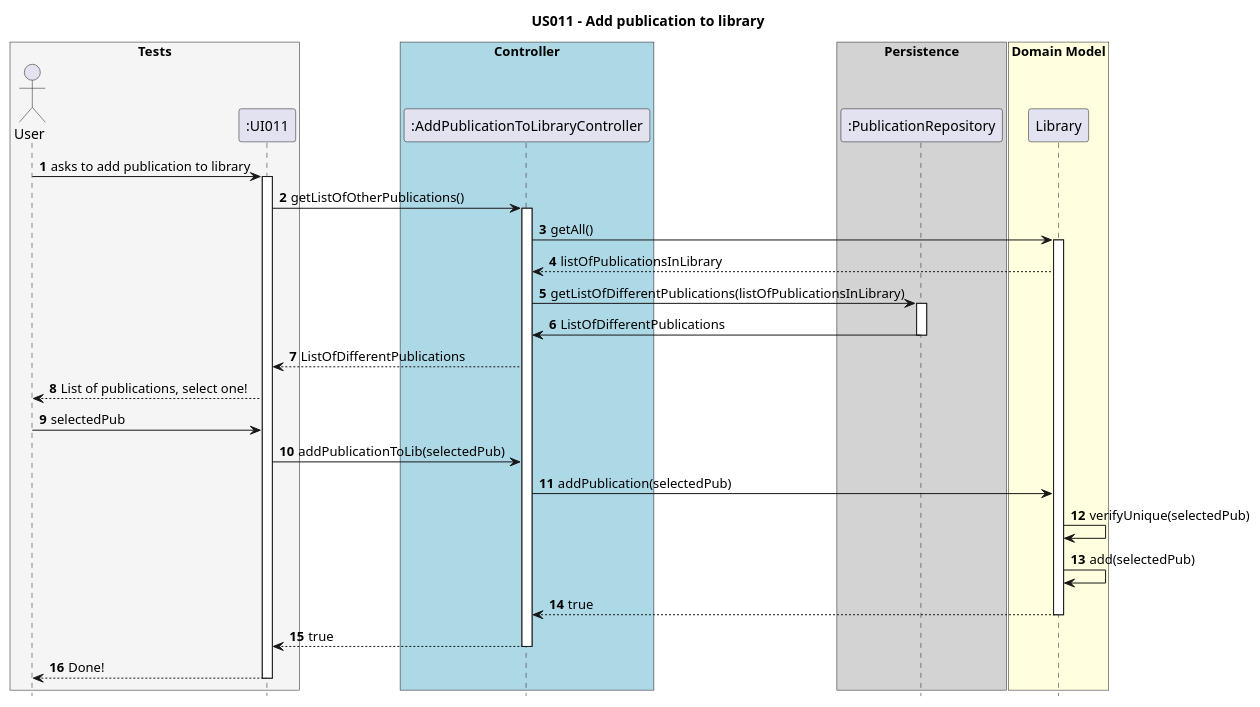
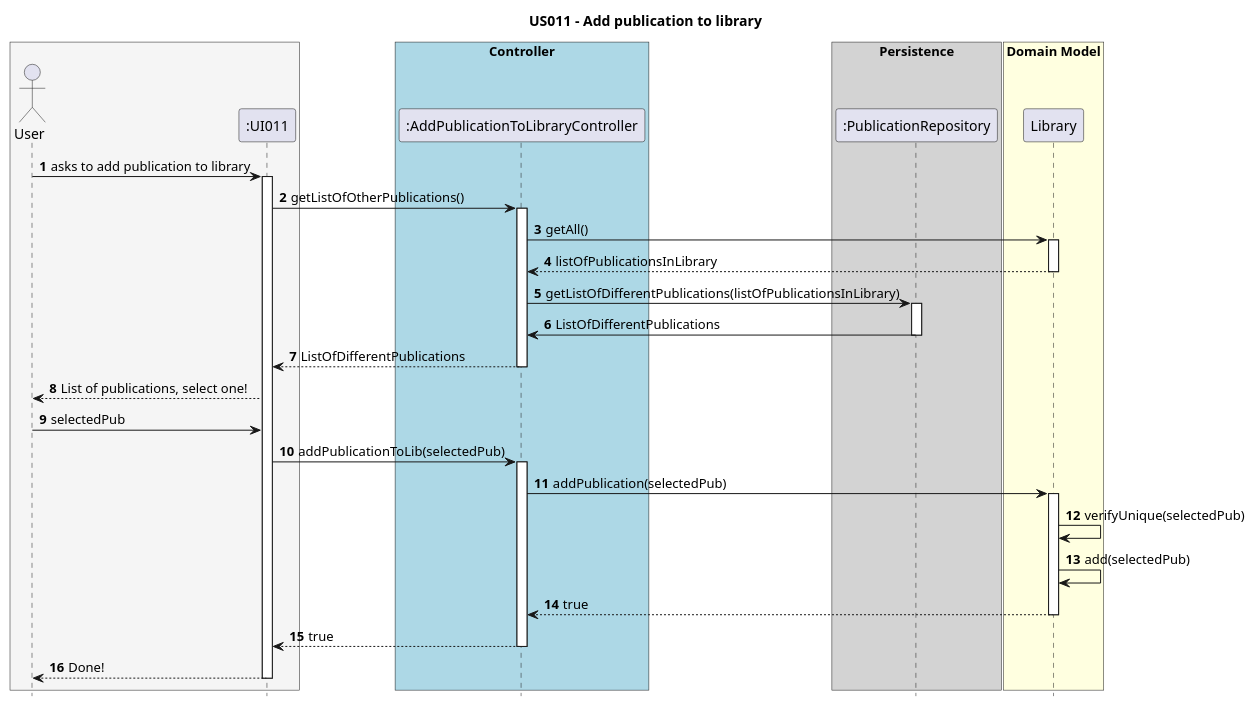
Before and after one commit to AndrePereiraGitH/SWitCH-Project-Team_A: the diagram in Diagrams/SequenceDiagrams/N2/US011-To-add-a-publication-To-Library.puml, drawn with PlantUML. The commit also changed 3 other files, not shown here.

Commit message:
Working on issue #33 #34, slight changes to the Class Diagrams and Sequence Diagrams (@RodrigoSPTD)

```diff
--- a/Diagrams/SequenceDiagrams/N2/US011-To-add-a-publication-To-Library.puml
+++ b/Diagrams/SequenceDiagrams/N2/US011-To-add-a-publication-To-Library.puml
@@ -1,51 +1,59 @@
 @startuml
 autonumber
 hide footbox
 title US011 - Add publication to library
 
 
-box "Tests" #WhiteSmoke
+box  #WhiteSmoke
     actor "User" as User
     participant ":UI011" as UI
 end box
 
 box "Controller" #LightBlue
     participant ":AddPublicationToLibraryController" as Ctrl
 end box
 
 box "Persistence" #LightGrey
     participant ":PublicationRepository" as PubRepo
 end box
 
 box "Domain Model" #LightYellow
     participant "Library" as LibDomain
 end box
 
 User -> UI : asks to add publication to library
 activate UI
 UI -> Ctrl : getListOfOtherPublications()
 activate Ctrl
 
 Ctrl -> LibDomain: getAll()
 activate LibDomain
 LibDomain --> Ctrl: listOfPublicationsInLibrary
+deactivate LibDomain
+
 Ctrl -> PubRepo: getListOfDifferentPublications(listOfPublicationsInLibrary)
 activate PubRepo
 PubRepo -> Ctrl : ListOfDifferentPublications
 deactivate PubRepo
 Ctrl --> UI: ListOfDifferentPublications
+deactivate Ctrl
+
 UI --> User: List of publications, select one!
 
 User -> UI: selectedPub
 UI -> Ctrl: addPublicationToLib(selectedPub)
+activate Ctrl
+
 Ctrl -> LibDomain: addPublication(selectedPub)
+activate LibDomain
 LibDomain -> LibDomain: verifyUnique(selectedPub)
 LibDomain -> LibDomain: add(selectedPub)
 LibDomain --> Ctrl: true
 deactivate LibDomain
+
 Ctrl --> UI: true
 deactivate Ctrl
 UI --> User: Done!
 deactivate UI
 
 @enduml
```
